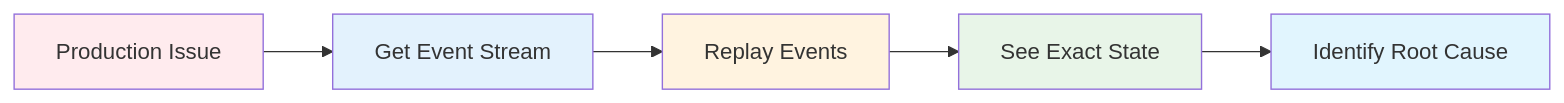
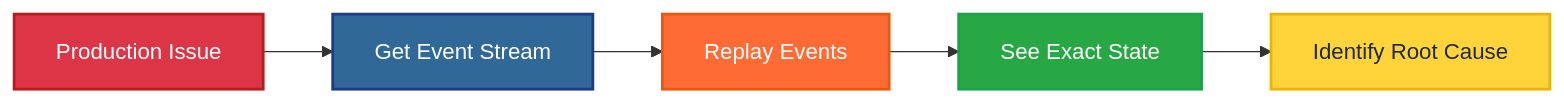
One commit to anmarkoulis/event-sourcing changed the diagram in docs/presentation/diagrams/source/debugging-superpowers.mmd. Above: the diagram before and after it, drawn with Mermaid. The commit also changed 4 other files, not shown here.

```diff
--- a/docs/presentation/diagrams/source/debugging-superpowers.mmd
+++ b/docs/presentation/diagrams/source/debugging-superpowers.mmd
@@ -1,11 +1,11 @@
 graph LR
     A[Production Issue] --> B[Get Event Stream]
     B --> C[Replay Events]
     C --> D[See Exact State]
     D --> E[Identify Root Cause]
 
-    style A fill:#ffebee
-    style B fill:#e3f2fd
-    style C fill:#fff3e0
-    style D fill:#e8f5e8
-    style E fill:#e1f5fe
+    style A fill:#DC3545,stroke:#b91c1c,stroke-width:2px,color:#ffffff
+    style B fill:#306998,stroke:#1e3a8a,stroke-width:2px,color:#ffffff
+    style C fill:#FF6B35,stroke:#ea580c,stroke-width:2px,color:#ffffff
+    style D fill:#28A745,stroke:#16a34a,stroke-width:2px,color:#ffffff
+    style E fill:#FFD43B,stroke:#eab308,stroke-width:2px,color:#1f2937
```
